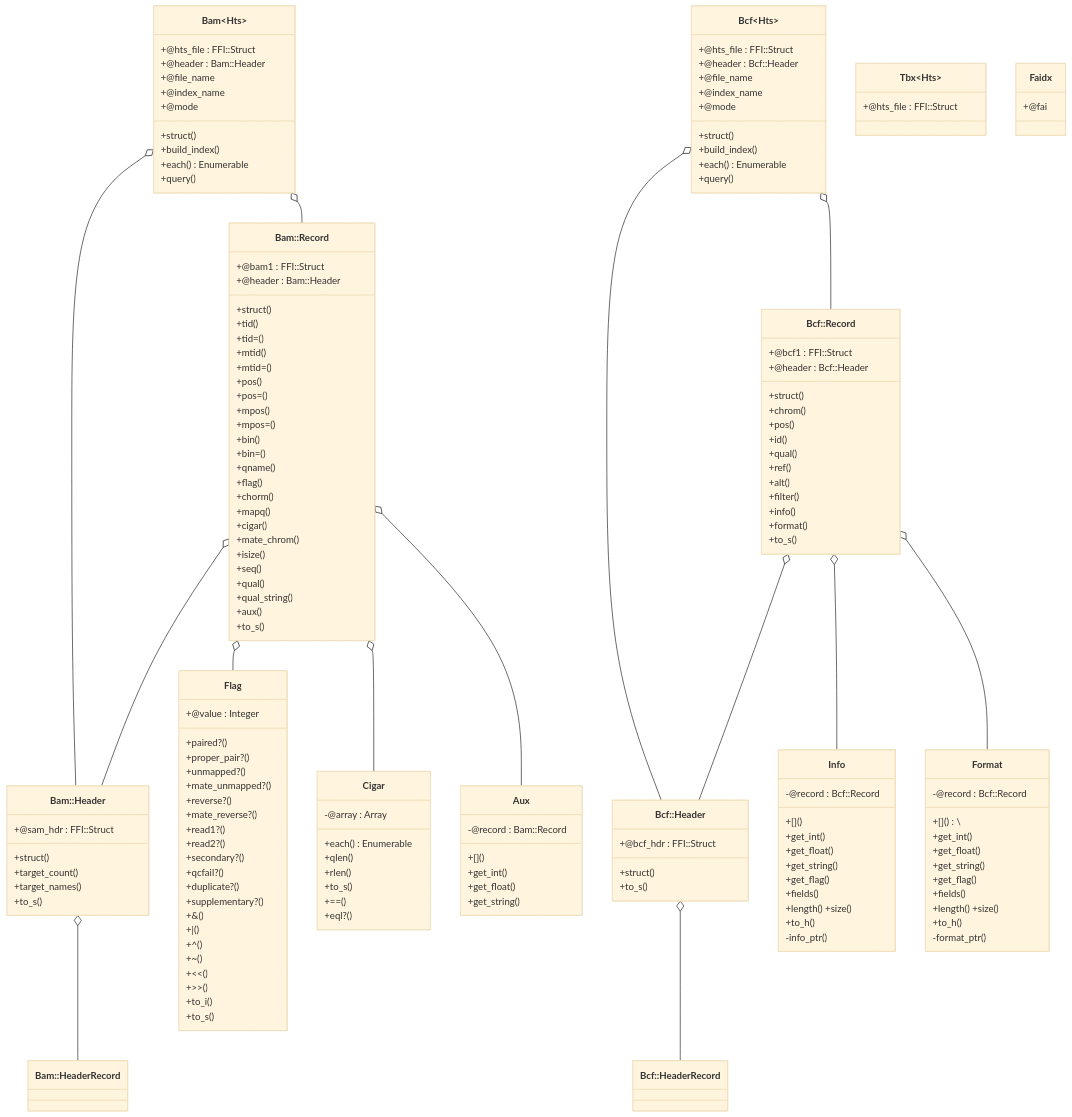
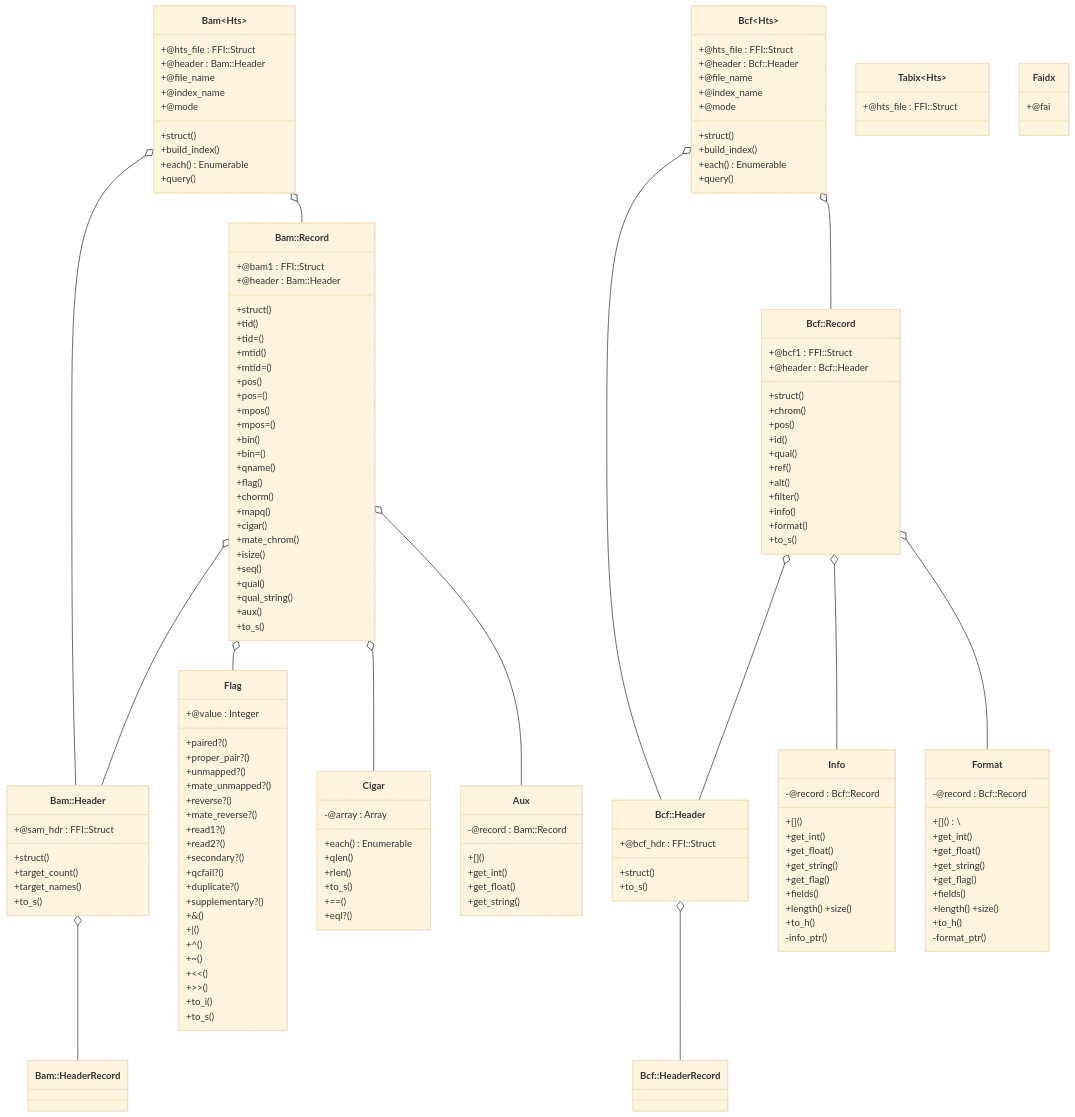
One commit to kojix2/ruby-htslib changed the diagram in TUTORIAL.md. Above: the diagram before and after it, drawn with Mermaid. The commit also changed 4 other files, not shown here.

Commit message:
Rename Tbx -> Tabix

```diff
--- a/TUTORIAL.md
+++ b/TUTORIAL.md
@@ -38,7 +38,7 @@
   +each() Enumerable
   +query()
 }
-class Tbx~Hts~{
+class Tabix~Hts~{
   +@hts_file : FFI::Struct
 }
 class `Bam::Header`{
```
